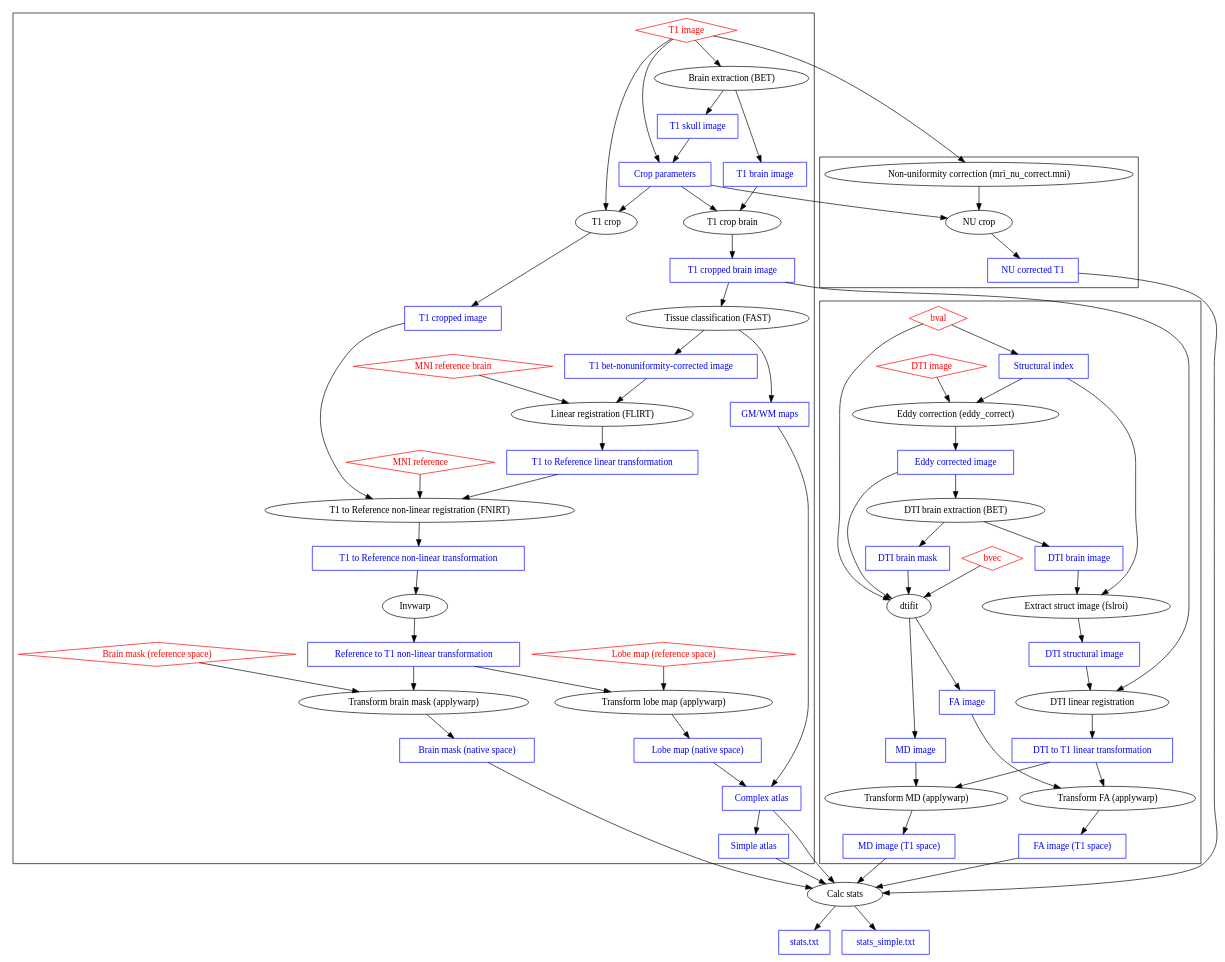
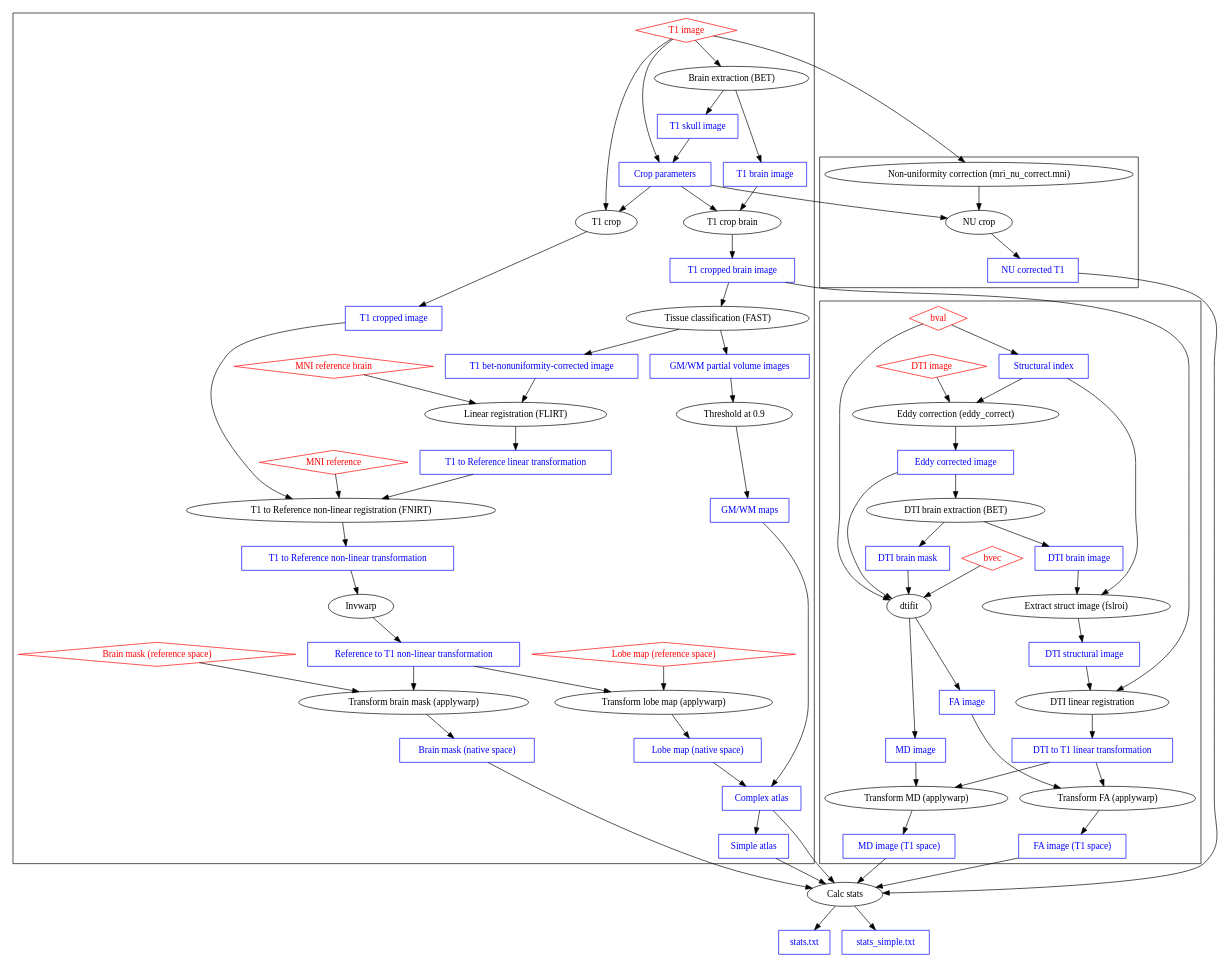
The diagram in doc/pipeline.dot (pndni/Charge_GM_WM_Properties_Pipeline), drawn with Graphviz before and after one commit. The commit also changed 2 other files, not shown here.

Commit message:
update docs for partial volume atlas

```diff
--- a/doc/pipeline.dot
+++ b/doc/pipeline.dot
@@ -1,80 +1,82 @@
 strict digraph Pipeline {
 subgraph Inputs {
 node [shape=diamond, color=red, fontcolor=red]
 "T1 image"
 "MNI reference"
 "MNI reference brain"
 "Lobe map (reference space)"
 "Brain mask (reference space)"
 "DTI image"
 "bvec"
 "bval"
 }
 subgraph Outputs {
 node[shape=rect, color=blue, fontcolor=blue];
 "T1 brain image" 
 "T1 cropped brain image" 
 "T1 cropped image"
 "T1 skull image"
+"GM/WM partial volume images"
 "GM/WM maps"
 "T1 bet-nonuniformity-corrected image"
 "Crop parameters"
 "T1 to Reference linear transformation"
 "T1 to Reference non-linear transformation"
 "Reference to T1 non-linear transformation"
 "Lobe map (native space)"
 "Brain mask (native space)"
 "NU corrected T1"
 "Eddy corrected image"
 "DTI brain mask"
 "FA image"
 "MD image"
 "FA image (T1 space)"
 "MD image (T1 space)"
 "DTI to T1 linear transformation"
 "stats.txt"
 "stats_simple.txt"
 "Complex atlas"
 "Simple atlas"
 "Structural index"
 "DTI brain image"
 "DTI structural image"
 }
 subgraph clustermaps{
 "T1 image" -> "Brain extraction (BET)" -> "T1 brain image"
 "Brain extraction (BET)" -> "T1 skull image"
 "T1 skull image" -> "Crop parameters"
 "T1 image" -> "Crop parameters"
 {"T1 image", "Crop parameters"} -> "T1 crop" -> "T1 cropped image"
 {"T1 brain image", "Crop parameters"} -> "T1 crop brain" -> "T1 cropped brain image"
 "T1 cropped brain image" -> "Tissue classification (FAST)"
-"Tissue classification (FAST)" -> {"GM/WM maps", "T1 bet-nonuniformity-corrected image"}
+"Tissue classification (FAST)" -> {"GM/WM partial volume images", "T1 bet-nonuniformity-corrected image"}
+{"GM/WM partial volume images" -> "Threshold at 0.9" -> "GM/WM maps"}
 {"T1 bet-nonuniformity-corrected image", "MNI reference brain"} -> "Linear registration (FLIRT)" -> "T1 to Reference linear transformation"
 {"T1 to Reference linear transformation", "T1 cropped image", "MNI reference"} -> "T1 to Reference non-linear registration (FNIRT)" -> "T1 to Reference non-linear transformation"
 {"T1 to Reference non-linear transformation" -> Invwarp -> "Reference to T1 non-linear transformation"}
 {"Lobe map (reference space)", "Reference to T1 non-linear transformation"} -> "Transform lobe map (applywarp)" -> "Lobe map (native space)"
 {"Brain mask (reference space)", "Reference to T1 non-linear transformation"} -> "Transform brain mask (applywarp)" -> "Brain mask (native space)"
 {"Lobe map (native space)", "GM/WM maps"} -> "Complex atlas"
 "Complex atlas" -> "Simple atlas"
 }
 
 subgraph "clusterT1 data" {
 "T1 image" -> "Non-uniformity correction (mri_nu_correct.mni)" -> "NU crop" -> "NU corrected T1"
 "Crop parameters" -> "NU crop"
 }
 
 subgraph "clusterDTI" {
 bval -> "Structural index"
 {"DTI image", "Structural index"} -> "Eddy correction (eddy_correct)" -> "Eddy corrected image"
 "Eddy corrected image" -> "DTI brain extraction (BET)" -> {"DTI brain mask", "DTI brain image"}
 {"Eddy corrected image", "bvec", "bval", "DTI brain mask"} -> dtifit -> {"FA image", "MD image"}
 {"DTI brain image", "Structural index"} -> "Extract struct image (fslroi)" -> "DTI structural image"
 {"DTI structural image", "T1 cropped brain image"} -> "DTI linear registration" -> "DTI to T1 linear transformation"
 {"DTI to T1 linear transformation", "FA image"} -> "Transform FA (applywarp)" -> "FA image (T1 space)"
 {"DTI to T1 linear transformation", "MD image"} -> "Transform MD (applywarp)" -> "MD image (T1 space)"
 }
 
 {"NU corrected T1", "Complex atlas", "Brain mask (native space)", "FA image (T1 space)", "MD image (T1 space)"} -> "Calc stats" -> "stats.txt"
 {"NU corrected T1", "Simple atlas", "Brain mask (native space)", "FA image (T1 space)", "MD image (T1 space)"} -> "Calc stats" -> "stats_simple.txt"
 
 }
```
